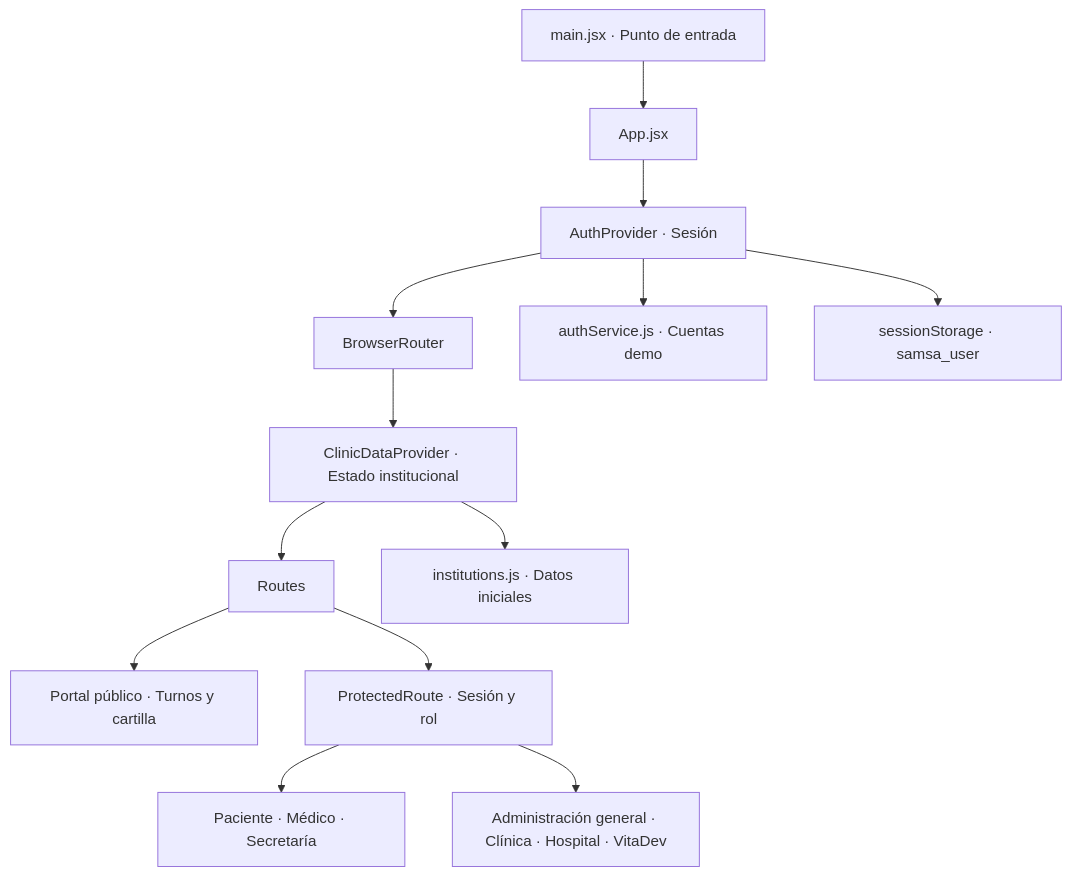
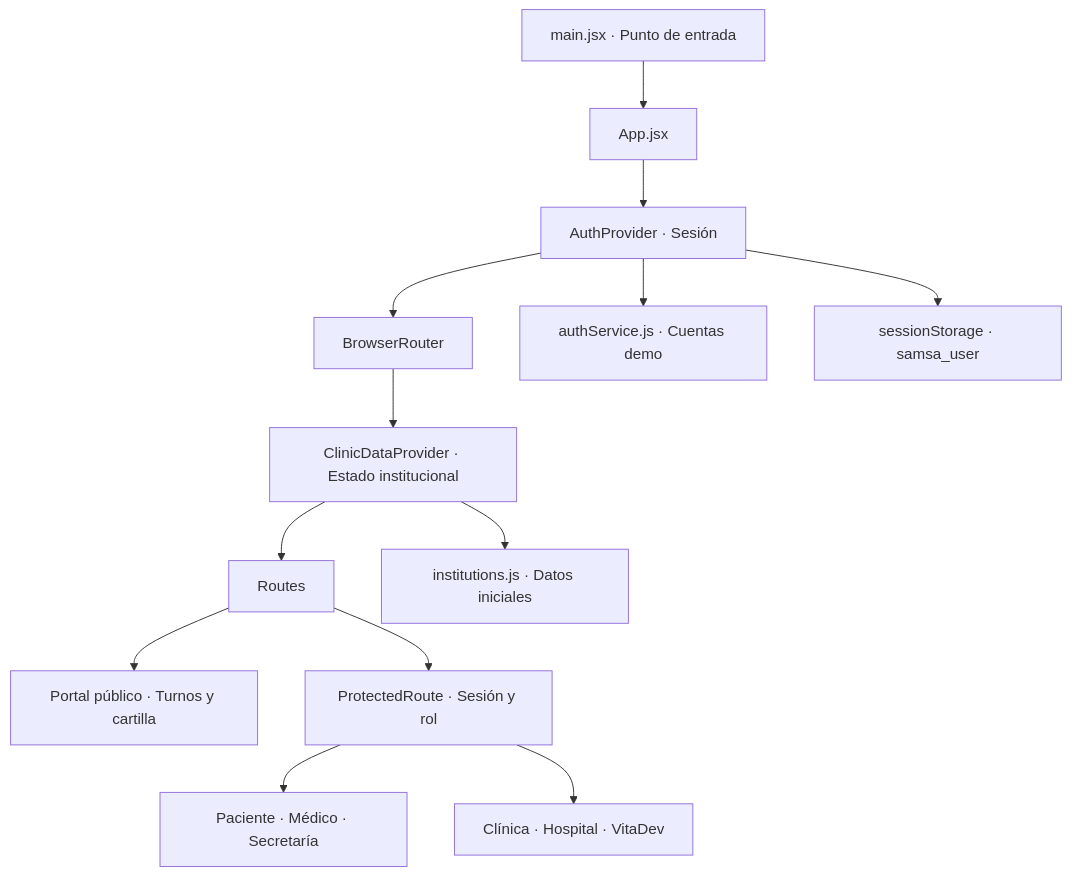
Before and after one commit to vitadevorg/samsa: the first of 2 diagrams in README.md, drawn with Mermaid. The commit also changed other lines of this file and 27 other files, not shown here.

````diff
--- a/README.md
+++ b/README.md
@@ -94,15 +85,15 @@
 ```mermaid
 flowchart TD
     Entry["main.jsx · Punto de entrada"] --> App["App.jsx"]
     App --> Auth["AuthProvider · Sesión"]
     Auth --> Router["BrowserRouter"]
     Router --> Clinic["ClinicDataProvider · Estado institucional"]
     Clinic --> Routes["Routes"]
     Routes --> Public["Portal público · Turnos y cartilla"]
     Routes --> Guard["ProtectedRoute · Sesión y rol"]
     Guard --> Care["Paciente · Médico · Secretaría"]
-    Guard --> Admin["Administración general · Clínica · Hospital · VitaDev"]
+    Guard --> Admin["Clínica · Hospital · VitaDev"]
     Auth --> Service["authService.js · Cuentas demo"]
     Auth --> Storage["sessionStorage · samsa_user"]
     Clinic --> Fixtures["institutions.js · Datos iniciales"]
 ```
````
